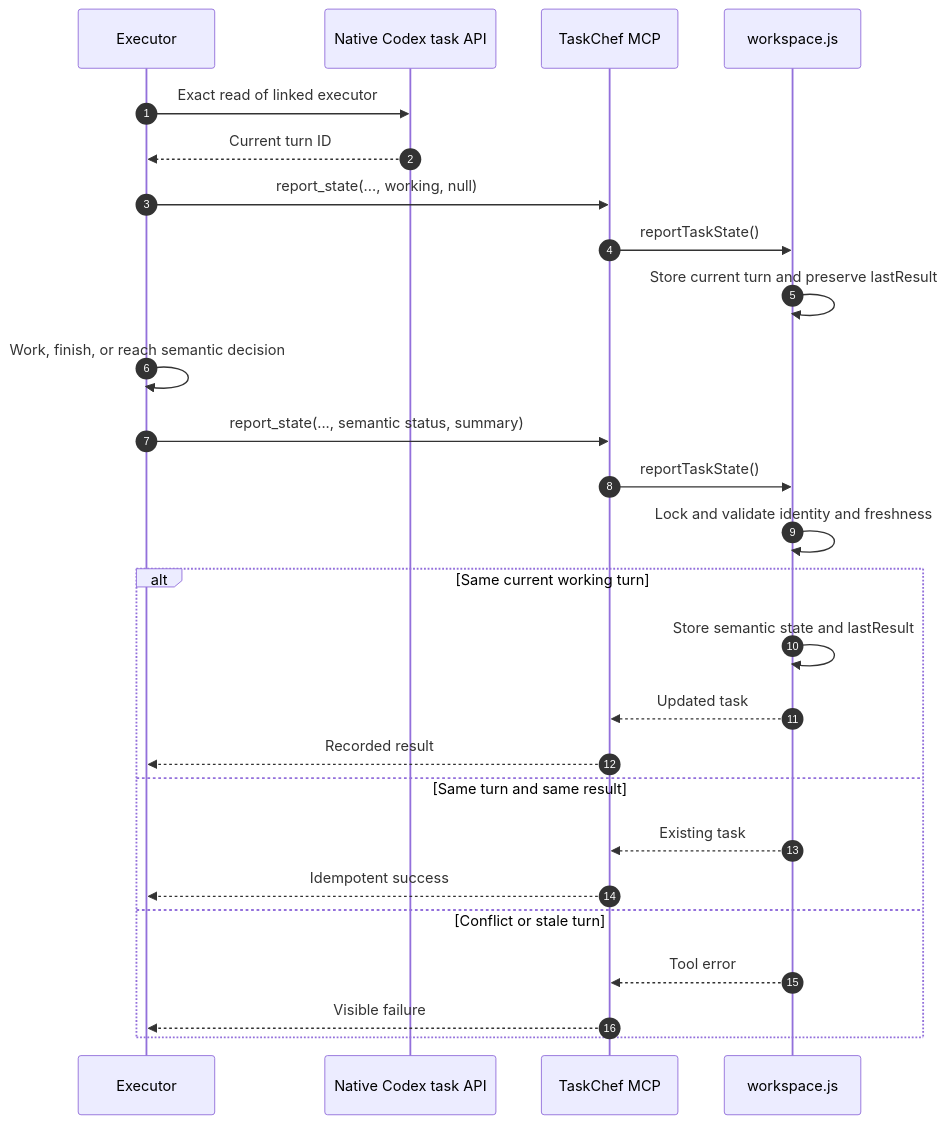
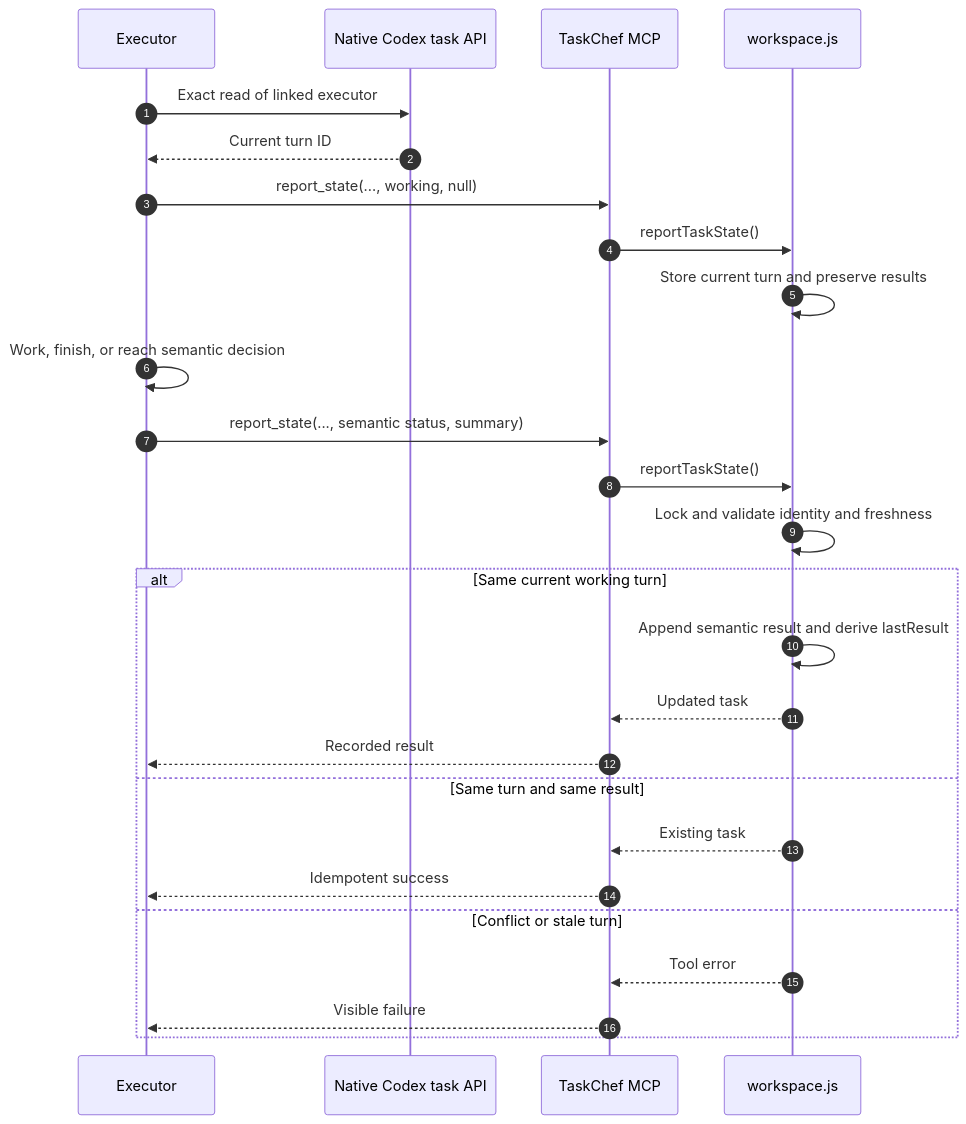
The third of 7 diagrams in docs/workflows.md (favoyang/taskchef), drawn with Mermaid before and after one commit. The commit also changed other lines of this file and 15 other files, not shown here.

Commit message:
feat: preserve TaskChef result history

````diff
--- a/docs/workflows.md
+++ b/docs/workflows.md
@@ -122,28 +122,28 @@
 ```mermaid
 sequenceDiagram
   autonumber
   participant E as Executor
   participant C as Native Codex task API
   participant M as TaskChef MCP
   participant W as workspace.js
   E->>C: Exact read of linked executor
   C-->>E: Current turn ID
   E->>M: report_state(..., working, null)
   M->>W: reportTaskState()
-  W->>W: Store current turn and preserve lastResult
+  W->>W: Store current turn and preserve results
   E->>E: Work, finish, or reach semantic decision
   E->>M: report_state(..., semantic status, summary)
   M->>W: reportTaskState()
   W->>W: Lock and validate identity and freshness
   alt Same current working turn
-    W->>W: Store semantic state and lastResult
+    W->>W: Append semantic result and derive lastResult
     W-->>M: Updated task
     M-->>E: Recorded result
   else Same turn and same result
     W-->>M: Existing task
     M-->>E: Idempotent success
   else Conflict or stale turn
     W-->>M: Tool error
     M-->>E: Visible failure
   end
 ```
````
